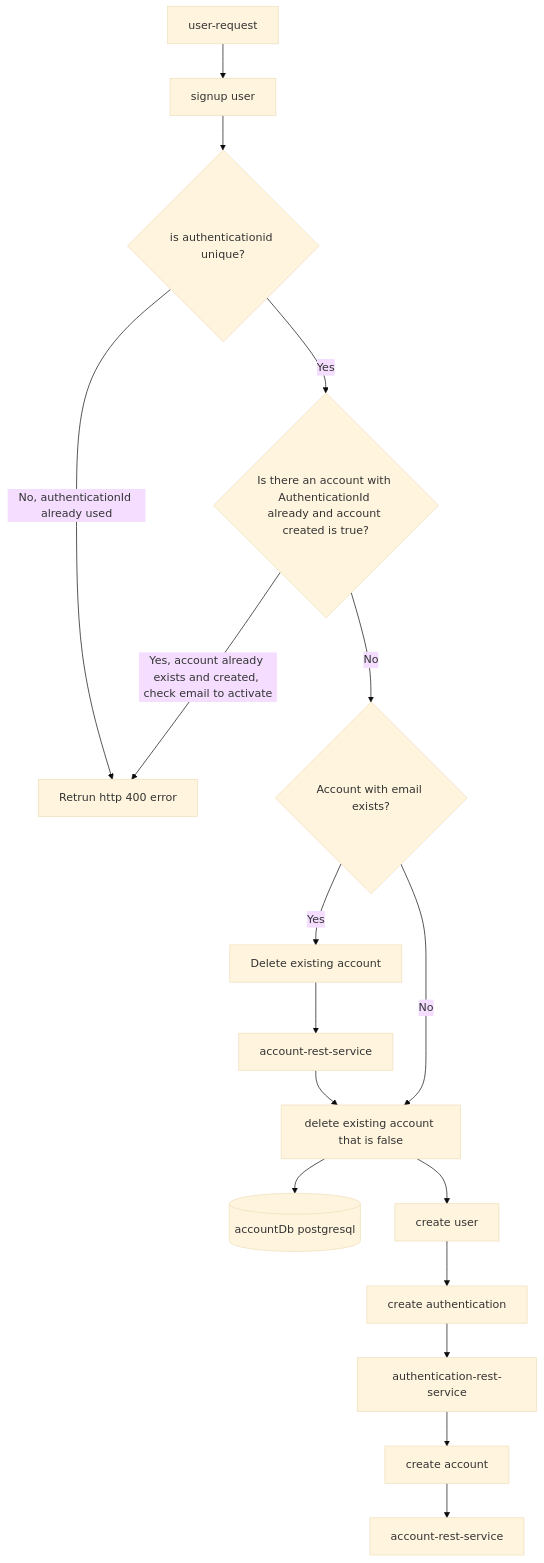
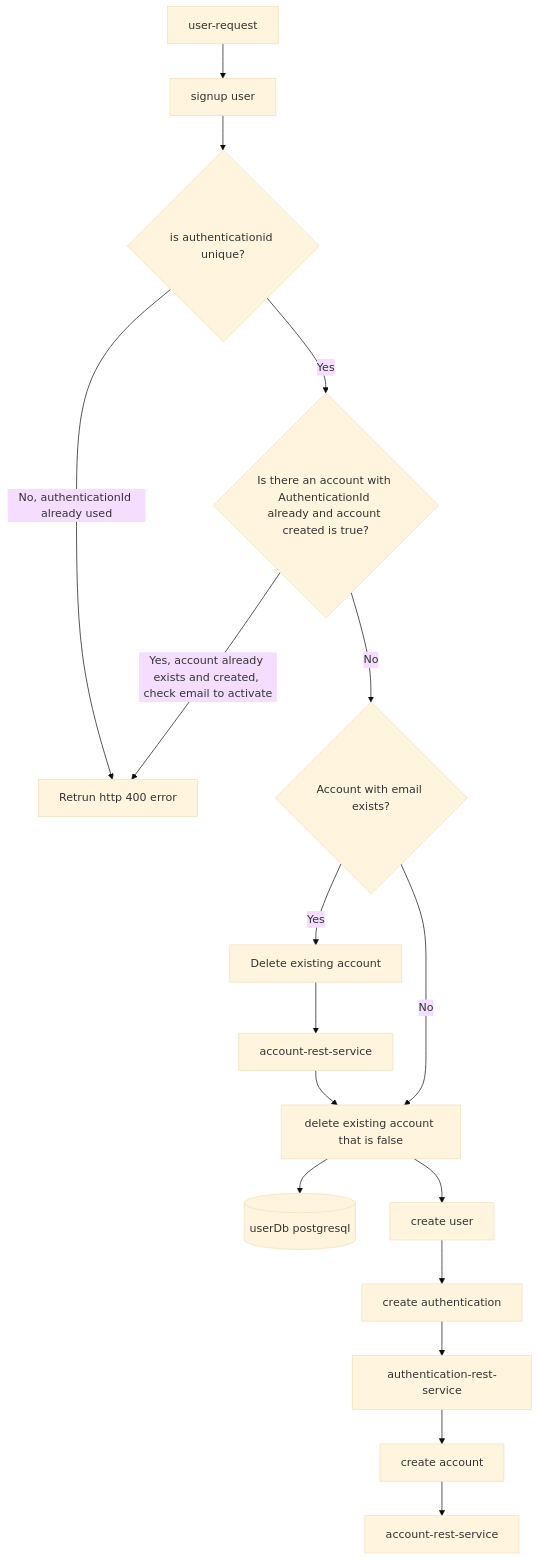
Before and after one commit to sonamsamdupkhangsar/user-rest-service: the third of 4 diagrams in README.md, drawn with Mermaid (base theme). The commit also changed other lines of this file, not shown here.

Commit message:
add flowchart

````diff
--- a/README.md
+++ b/README.md
@@ -97,19 +97,19 @@
 ```mermaid
 flowchart TD
   User[user-request] --> user-rest-service[signup user]
   user-rest-service --> isAuthenticationIdUnique{is authenticationid unique?}
   isAuthenticationIdUnique -->|No, authenticationId already used| returnError[Retrun http 400 error]
   isAuthenticationIdUnique -->|Yes| accountExistsByAuthenticationIdAndTrue{Is there an account with AuthenticationId already and account created is true?}
   accountExistsByAuthenticationIdAndTrue -->|Yes, account already exists and created, check email to activate| returnError
   accountExistsByAuthenticationIdAndTrue -->|No| accountWithEmailExists{Account with email exists?}
   accountWithEmailExists -->|Yes| deleteAccount[Delete existing account]
   deleteAccount --> deleteExistingAccount[account-rest-service]
   deleteExistingAccount -->  deleteByAuthenticationIdAndActiveFalse
   accountWithEmailExists -->|No| deleteByAuthenticationIdAndActiveFalse[delete existing account that is false]
-  deleteByAuthenticationIdAndActiveFalse --> accountDb[(accountDb postgresql)]
+  deleteByAuthenticationIdAndActiveFalse --> userDb[(userDb postgresql)]
   deleteByAuthenticationIdAndActiveFalse --> saveUser[create user]
   saveUser --> createAuthentication[create authentication]
   createAuthentication --> authentication-rest-service
   authentication-rest-service --> createAccount[create account]
   createAccount --> account-rest-service
 ```
````
